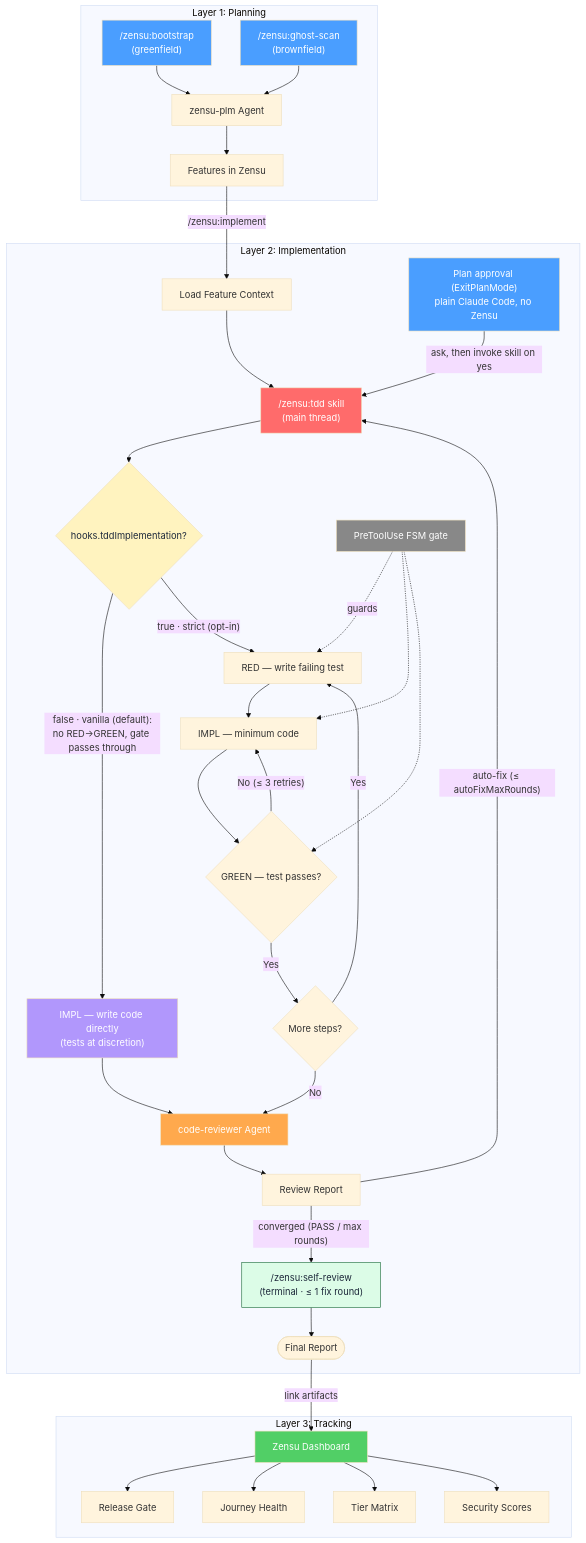
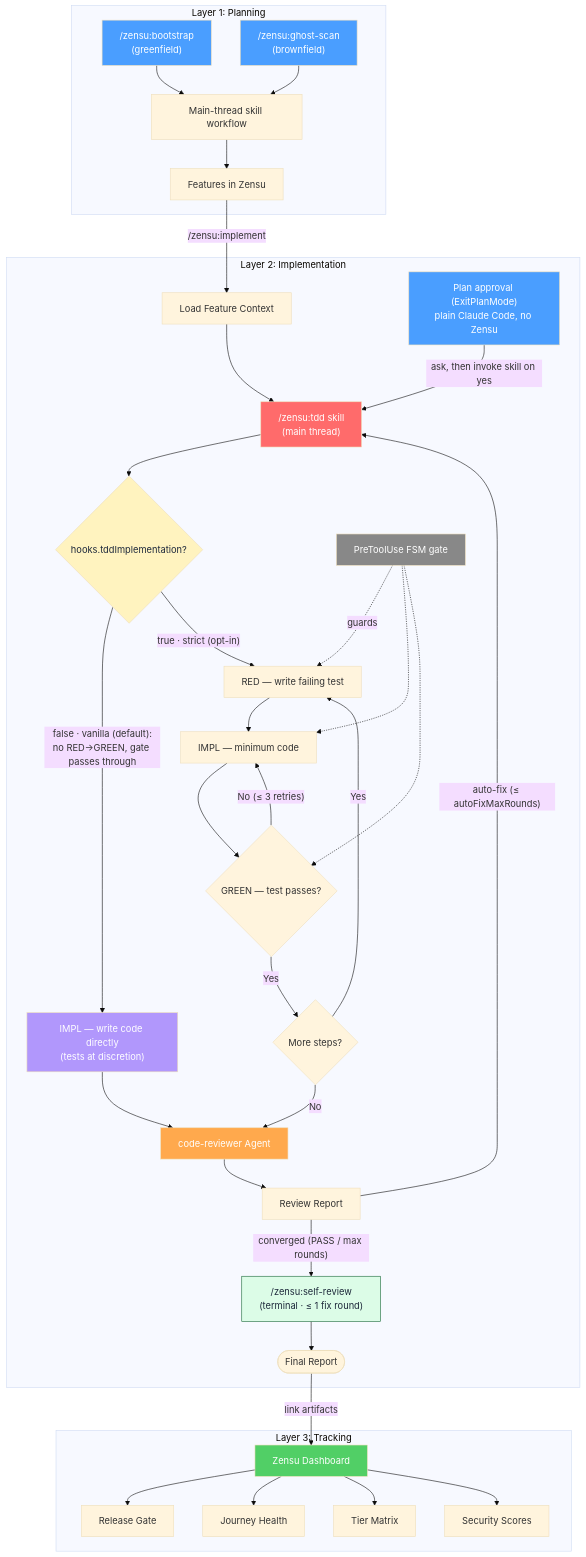
Before and after one commit to MKITConsulting/zensu-claude-code: the first of 2 diagrams in README.md, drawn with Mermaid (base theme). The commit also changed other lines of this file and 214 other files, not shown here.

````diff
--- a/README.md
+++ b/README.md
@@ -35,50 +35,50 @@
 ```mermaid
 flowchart TD
     subgraph Planning["Layer 1: Planning"]
-        A1["/zensu:bootstrap<br/>(greenfield)"] --> B["zensu-plm Agent"]
+        A1["/zensu:bootstrap<br/>(greenfield)"] --> B["Main-thread skill workflow"]
         A2["/zensu:ghost-scan<br/>(brownfield)"] --> B
         B --> C["Features in Zensu"]
     end
 
     subgraph Implementation["Layer 2: Implementation"]
         C -->|"/zensu:implement"| D["Load Feature Context"]
         PLAIN["Plan approval (ExitPlanMode)<br/>plain Claude Code, no Zensu"] -->|"ask, then invoke skill on yes"| E
         D --> E["/zensu:tdd skill<br/>(main thread)"]
         E --> MODE{"hooks.tddImplementation?"}
         MODE -->|"false · vanilla (default):<br/>no RED→GREEN, gate passes through"| VAN["IMPL — write code directly<br/>(tests at discretion)"]
         MODE -->|"true · strict (opt-in)"| RED["RED — write failing test"]
         VAN --> K
         RED --> IMPL["IMPL — minimum code"]
         IMPL --> GREEN{"GREEN — test passes?"}
         GREEN -->|"No (≤ 3 retries)"| IMPL
         GREEN -->|"Yes"| NEXT{"More steps?"}
         NEXT -->|"Yes"| RED
         NEXT -->|"No"| K["code-reviewer Agent"]
         K --> L["Review Report"]
         L -->|"auto-fix (≤ autoFixMaxRounds)"| E
         L -->|"converged (PASS / max rounds)"| SR["/zensu:self-review<br/>(terminal · ≤ 1 fix round)"]
         SR --> FR(["Final Report"])
         GATE["PreToolUse FSM gate"] -.guards.-> RED
         GATE -.-> IMPL
         GATE -.-> GREEN
     end
 
     subgraph Tracking["Layer 3: Tracking"]
         FR -->|"link artifacts"| M["Zensu Dashboard"]
         M --> Q["Release Gate"]
         M --> P["Journey Health"]
         M --> O["Tier Matrix"]
         M --> N["Security Scores"]
     end
 
     style A1 fill:#4a9eff,color:#fff
     style A2 fill:#4a9eff,color:#fff
     style PLAIN fill:#4a9eff,color:#fff
     style E fill:#ff6b6b,color:#fff
     style MODE fill:#fff3bf,color:#1e293b
     style VAN fill:#b197fc,color:#fff
     style GATE fill:#888,color:#fff
     style K fill:#ffa94d,color:#fff
     style SR fill:#dcfce7,stroke:#166534,color:#1e293b
     style M fill:#51cf66,color:#fff
 ```
````
